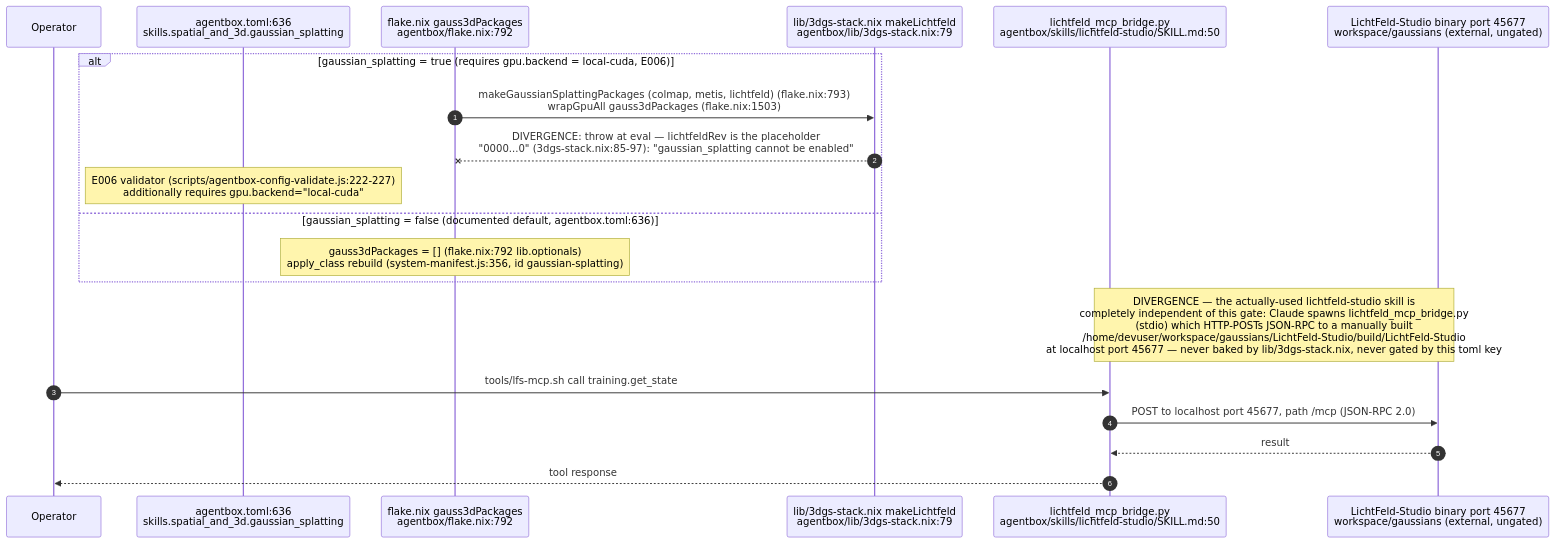
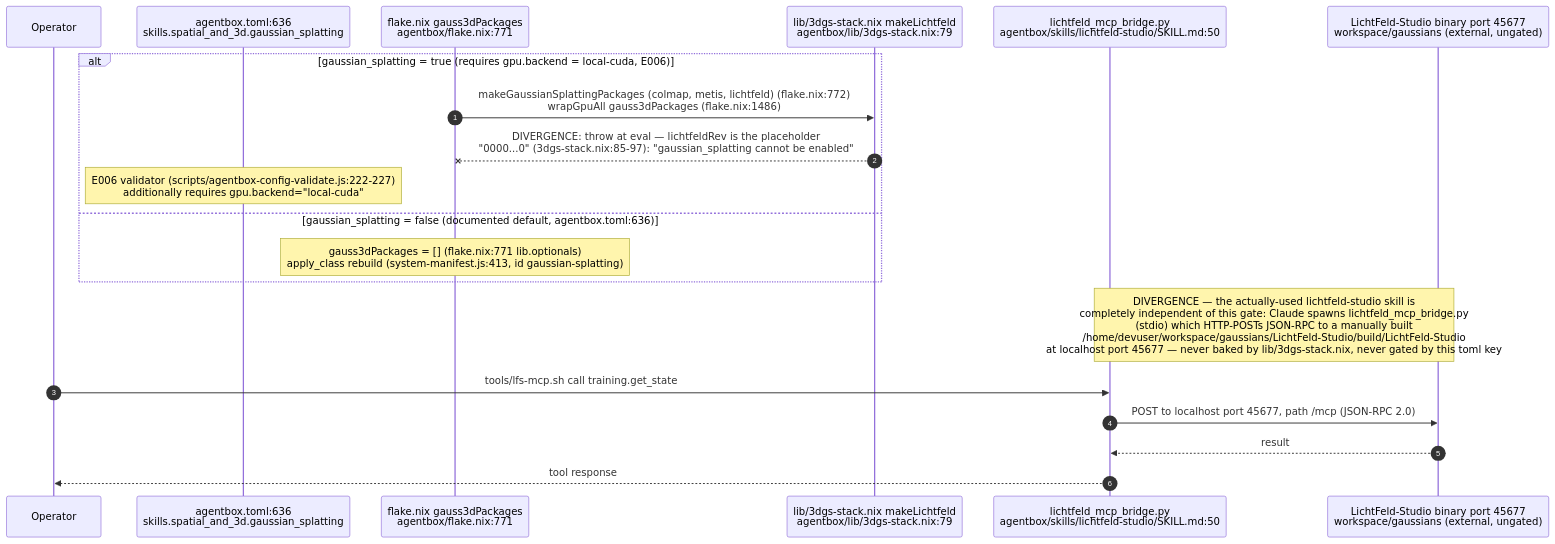
One commit to DreamLab-AI/VisionFlow changed the ninth of 14 diagrams in docs/diagrams/agentbox/27-media-gpu-capability-services.md. Above: the diagram before and after it, drawn with Mermaid. The commit also changed other lines of this file and 145 other files, not shown here.

````diff
--- a/docs/diagrams/agentbox/27-media-gpu-capability-services.md
+++ b/docs/diagrams/agentbox/27-media-gpu-capability-services.md
@@ -297,23 +298,23 @@
 ```mermaid
 sequenceDiagram
     autonumber
     participant Op as Operator
     participant Toml as agentbox.toml:636<br/>skills.spatial_and_3d.gaussian_splatting
-    participant Flake as flake.nix gauss3dPackages<br/>agentbox/flake.nix:792
+    participant Flake as flake.nix gauss3dPackages<br/>agentbox/flake.nix:771
     participant Nix3dgs as lib/3dgs-stack.nix makeLichtfeld<br/>agentbox/lib/3dgs-stack.nix:79
     participant Bridge as lichtfeld_mcp_bridge.py<br/>agentbox/skills/lichtfeld-studio/SKILL.md:50
     participant LFS as LichtFeld-Studio binary port 45677<br/>workspace/gaussians (external, ungated)
 
     alt gaussian_splatting = true (requires gpu.backend = local-cuda, E006)
-        Flake->>Nix3dgs: makeGaussianSplattingPackages (colmap, metis, lichtfeld) (flake.nix:793)<br/>wrapGpuAll gauss3dPackages (flake.nix:1503)
+        Flake->>Nix3dgs: makeGaussianSplattingPackages (colmap, metis, lichtfeld) (flake.nix:772)<br/>wrapGpuAll gauss3dPackages (flake.nix:1486)
         Nix3dgs--xFlake: DIVERGENCE: throw at eval — lichtfeldRev is the placeholder<br/>"0000...0" (3dgs-stack.nix:85-97): "gaussian_splatting cannot be enabled"
         Note over Toml: E006 validator (scripts/agentbox-config-validate.js:222-227)<br/>additionally requires gpu.backend="local-cuda"
     else gaussian_splatting = false (documented default, agentbox.toml:636)
-        Note over Flake: gauss3dPackages = [] (flake.nix:792 lib.optionals)<br/>apply_class rebuild (system-manifest.js:356, id gaussian-splatting)
+        Note over Flake: gauss3dPackages = [] (flake.nix:771 lib.optionals)<br/>apply_class rebuild (system-manifest.js:413, id gaussian-splatting)
     end
     Note over Bridge,LFS: DIVERGENCE — the actually-used lichtfeld-studio skill is<br/>completely independent of this gate: Claude spawns lichtfeld_mcp_bridge.py<br/>(stdio) which HTTP-POSTs JSON-RPC to a manually built<br/>/home/devuser/workspace/gaussians/LichtFeld-Studio/build/LichtFeld-Studio<br/>at localhost port 45677 — never baked by lib/3dgs-stack.nix, never gated by this toml key
     Op->>Bridge: tools/lfs-mcp.sh call training.get_state
     Bridge->>LFS: POST to localhost port 45677, path /mcp (JSON-RPC 2.0)
     LFS-->>Bridge: result
     Bridge-->>Op: tool response
 ```
````
